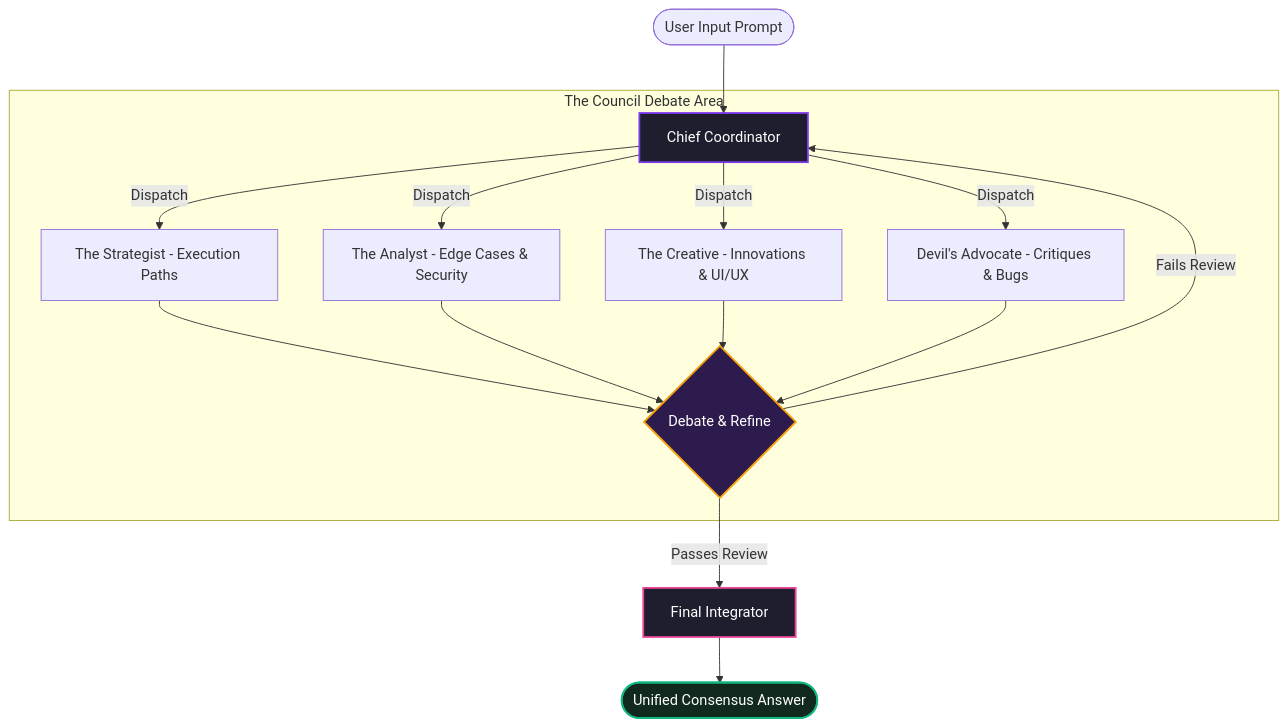
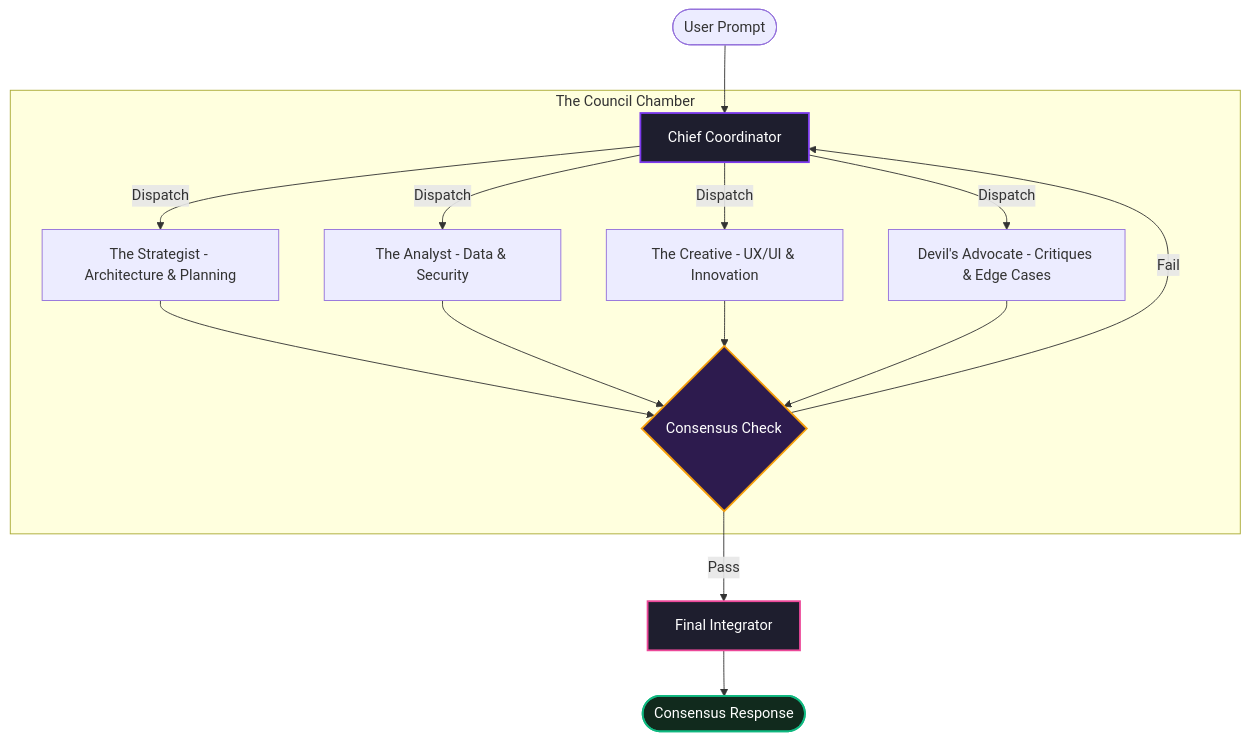
One commit to IAMONCRYPTO/PLURAL changed the diagram in README.md. Above: the diagram before and after it, drawn with Mermaid. The commit also changed other lines of this file, not shown here.

````diff
--- a/README.md
+++ b/README.md
@@ -24,22 +32,22 @@
 ```mermaid
 graph TD
-    User([User Input Prompt]) --> Planner[Chief Coordinator]
+    User([User Prompt]) --> Planner[Chief Coordinator]
     
-    subgraph Cognitive Chamber [The Council Debate Area]
-        Planner -->|Dispatch| Strategist[The Strategist - Execution Paths]
-        Planner -->|Dispatch| Analyst[The Analyst - Edge Cases & Security]
-        Planner -->|Dispatch| Creative[The Creative - Innovations & UI/UX]
-        Planner -->|Dispatch| Adversary[Devil's Advocate - Critiques & Bugs]
+    subgraph Debate Loop [The Council Chamber]
+        Planner -->|Dispatch| Strategist[The Strategist - Architecture & Planning]
+        Planner -->|Dispatch| Analyst[The Analyst - Data & Security]
+        Planner -->|Dispatch| Creative[The Creative - UX/UI & Innovation]
+        Planner -->|Dispatch| Adversary[Devil's Advocate - Critiques & Edge Cases]
         
-        Strategist & Analyst & Creative & Adversary --> Debate{Debate & Refine}
-        Debate -->|Fails Review| Planner
+        Strategist & Analyst & Creative & Adversary --> Consensus{Consensus Check}
+        Consensus -->|Fail| Planner
     end
 
-    Debate -->|Passes Review| Integrator[Final Integrator]
-    Integrator --> Output([Unified Consensus Answer])
+    Consensus -->|Pass| Integrator[Final Integrator]
+    Integrator --> Output([Consensus Response])
 
     style Planner fill:#1e1e2e,stroke:#7C3AED,stroke-width:2px,color:#fff
     style Integrator fill:#1e1e2e,stroke:#EC4899,stroke-width:2px,color:#fff
-    style Debate fill:#2d1b4e,stroke:#F59E0B,stroke-width:2px,color:#fff
+    style Consensus fill:#2d1b4e,stroke:#F59E0B,stroke-width:2px,color:#fff
     style Output fill:#112a1d,stroke:#10B981,stroke-width:2px,color:#fff
 ```
````
